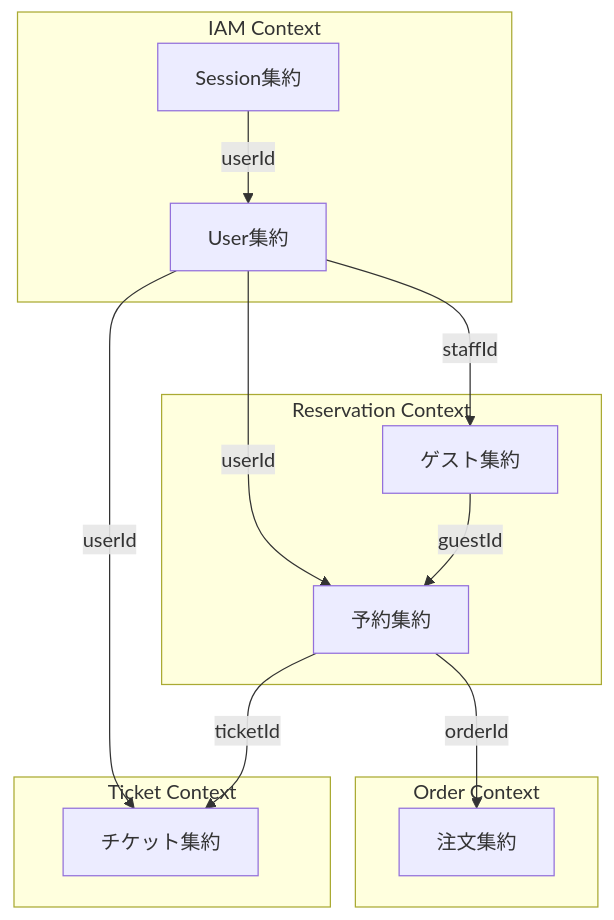
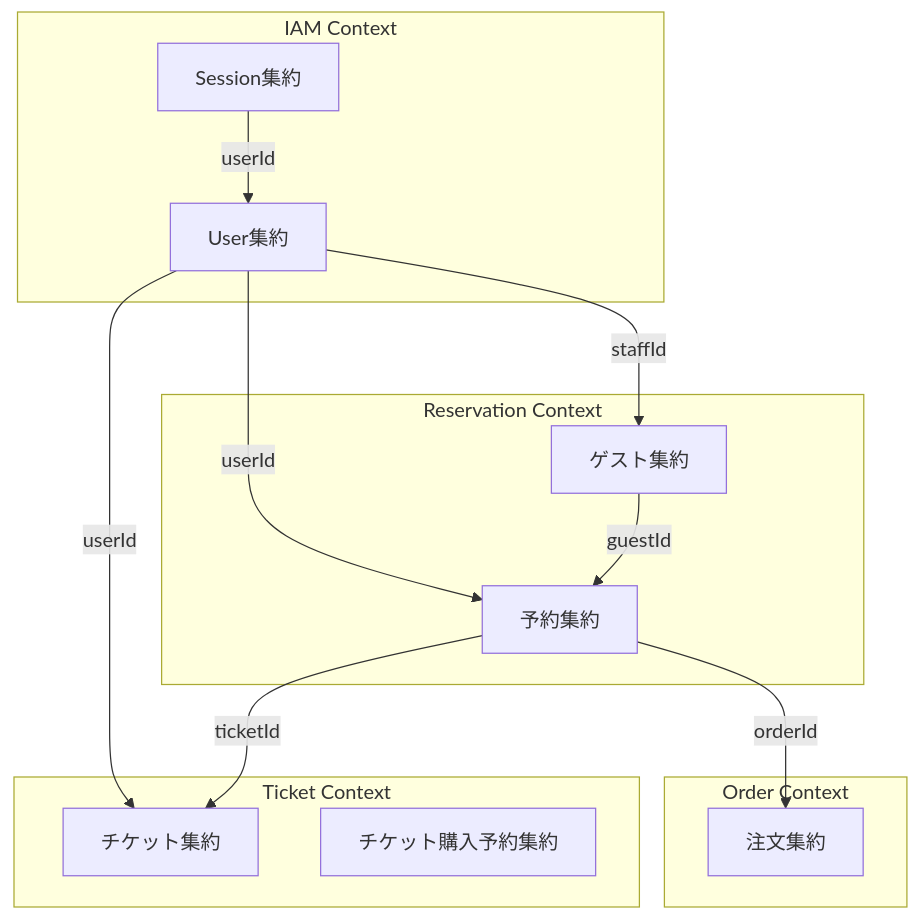
Before and after one commit to HiI2O/lunch-hub: the first of 8 diagrams in docs/02-design/domain-model.md, drawn with Mermaid. The commit also changed other lines of this file and 8 other files, not shown here.

````diff
--- a/docs/02-design/domain-model.md
+++ b/docs/02-design/domain-model.md
@@ -9,28 +9,29 @@
 ```mermaid
 graph TB
     subgraph "IAM Context"
         User[User集約]
         Session[Session集約]
     end
 
     subgraph "Reservation Context"
         Reservation[予約集約]
         Guest[ゲスト集約]
     end
 
     subgraph "Order Context"
         Order[注文集約]
     end
 
     subgraph "Ticket Context"
         Ticket[チケット集約]
+        TicketPurchaseReservation[チケット購入予約集約]
     end
 
     User -->|userId| Reservation
     User -->|userId| Ticket
     User -->|staffId| Guest
     Session -->|userId| User
     Reservation -->|ticketId| Ticket
     Reservation -->|orderId| Order
     Guest -->|guestId| Reservation
 ```
````
